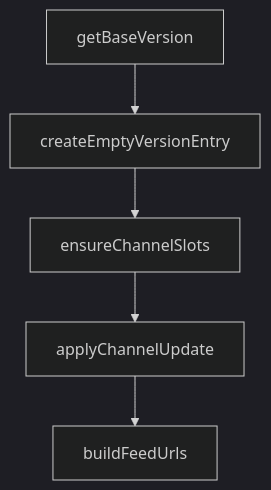
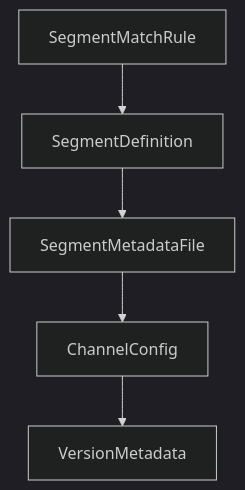
The diagram in tutorials/cherry-studio-tutorial/05-documents-mcp-and-tool-integrations.md (johnxie/awesome-code-docs), drawn with Mermaid (dark theme) before and after one commit. The commit also changed other lines of this file and 1232 other files, not shown here.

````diff
--- a/tutorials/cherry-studio-tutorial/05-documents-mcp-and-tool-integrations.md
+++ b/tutorials/cherry-studio-tutorial/05-documents-mcp-and-tool-integrations.md
@@ -213,12 +211,12 @@
 ```mermaid
 flowchart TD
-    A[getBaseVersion]
-    B[createEmptyVersionEntry]
-    C[ensureChannelSlots]
-    D[applyChannelUpdate]
-    E[buildFeedUrls]
+    A[SegmentMatchRule]
+    B[SegmentDefinition]
+    C[SegmentMetadataFile]
+    D[ChannelConfig]
+    E[VersionMetadata]
     A --> B
     B --> C
     C --> D
     D --> E
 ```
````
